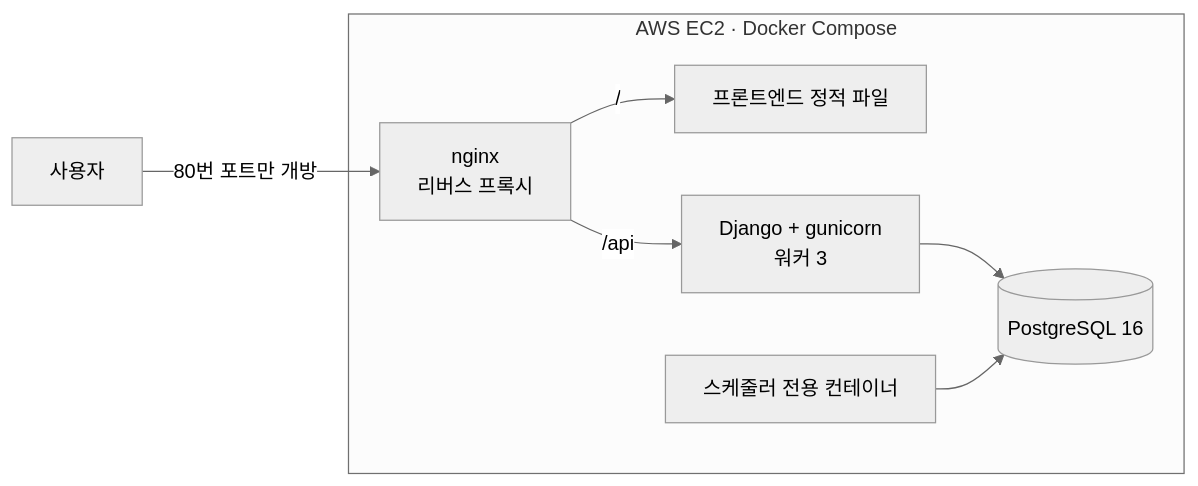
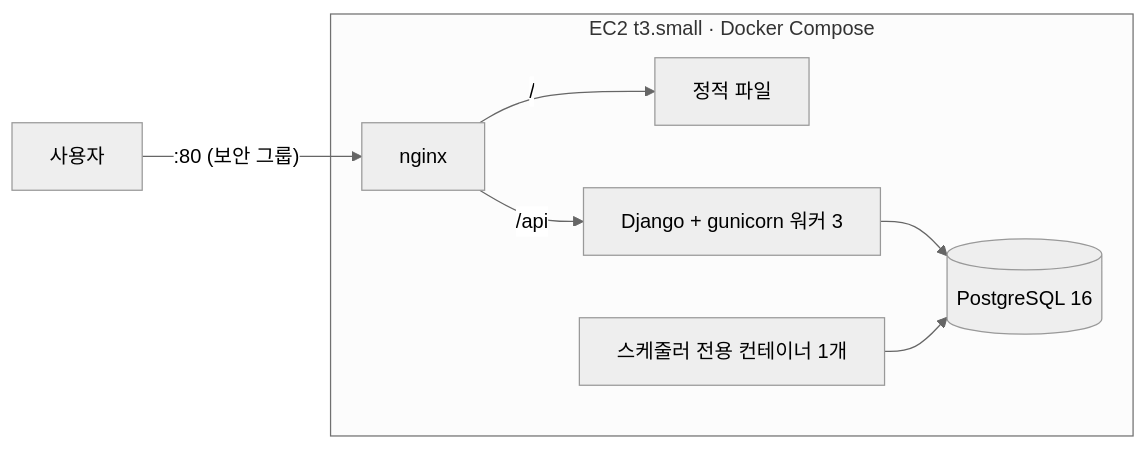
The second of 2 diagrams in README.md (luster-woo/luster-woo), drawn with Mermaid (neutral theme) before and after one commit. The commit also changed other lines of this file, not shown here.

````diff
--- a/README.md
+++ b/README.md
@@ -154,15 +97,15 @@
 ```mermaid
 flowchart LR
-    U["사용자"] -->|"80번 포트만 개방"| N["nginx<br>리버스 프록시"]
-    N -->|"/"| FE["프론트엔드 정적 파일"]
-    N -->|"/api"| W["Django + gunicorn<br>워커 3"]
+    U["사용자"] -->|":80 (보안 그룹)"| N["nginx"]
+    N -->|"/"| FE["정적 파일"]
+    N -->|"/api"| W["Django + gunicorn 워커 3"]
     W --> DB[("PostgreSQL 16")]
-    S["스케줄러 전용 컨테이너"] --> DB
-    subgraph EC2["AWS EC2 · Docker Compose"]
+    S["스케줄러 전용 컨테이너 1개"] --> DB
+    subgraph EC2["EC2 t3.small · Docker Compose"]
         N
         FE
         W
         DB
         S
     end
 ```
````
